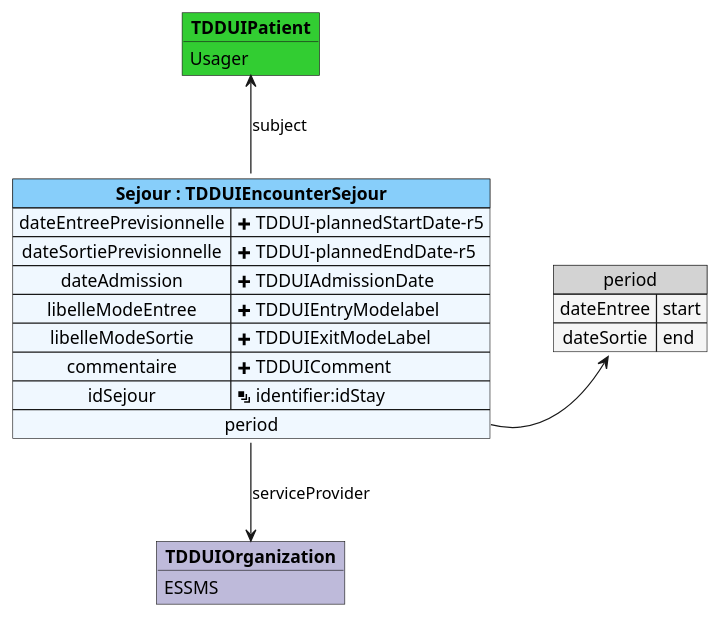
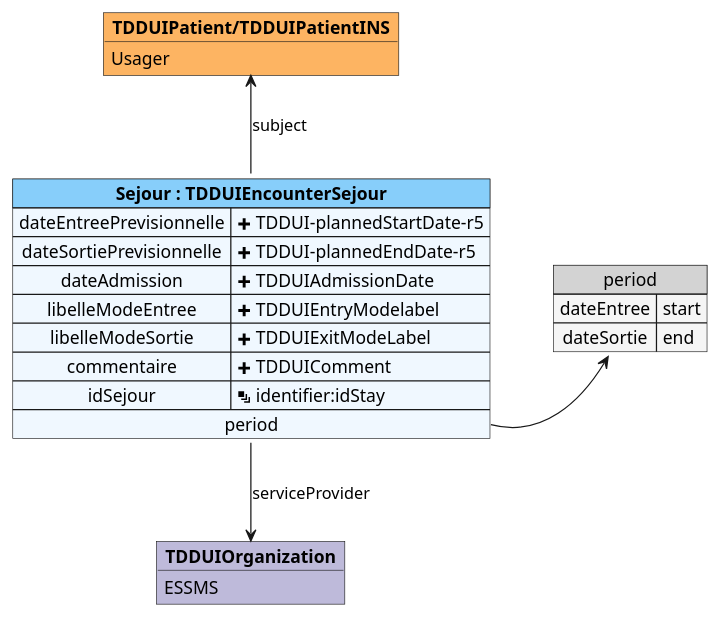
Before and after one commit to ansforge/IG-fhir-medicosocial-transfert-donnees-dui: the diagram in input/images-source/mapping_TDDUIEncounterSejour.plantuml, drawn with PlantUML. The commit also changed 74 other files, not shown here.

```diff
--- a/input/images-source/mapping_TDDUIEncounterSejour.plantuml
+++ b/input/images-source/mapping_TDDUIEncounterSejour.plantuml
@@ -1,30 +1,30 @@
 @startuml
 
 map "period" as period #back:WhiteSmoke;header:LightGray {
     dateEntree => start
     dateSortie => end
 }
 
-object "**TDDUIPatient**" as TDDUIPatient #LimeGreen {
+object "**TDDUIPatient/TDDUIPatientINS**" as TDDUIPatient #fdb462 {
     Usager
 }
 
 object "**TDDUIOrganization**" as TDDUIOrganization #bebada {
     ESSMS
 }
 
 map "**Sejour : TDDUIEncounterSejour**" as Sejour #back:AliceBlue;header:LightSkyBlue {
     dateEntreePrevisionnelle => <&plus> TDDUI-plannedStartDate-r5
     dateSortiePrevisionnelle => <&plus> TDDUI-plannedEndDate-r5
     dateAdmission => <&plus> TDDUIAdmissionDate
     libelleModeEntree => <&plus> TDDUIEntryModelabel
     libelleModeSortie => <&plus> TDDUIExitModeLabel
     commentaire => <&plus> TDDUIComment
     idSejour => <&layers> identifier:idStay
     period *-> period
 }
 
 Sejour -u-> TDDUIPatient : subject
 Sejour -d-> TDDUIOrganization : serviceProvider
 
 @enduml
```
